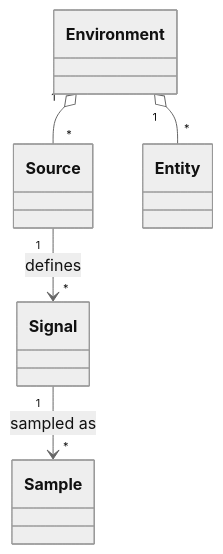
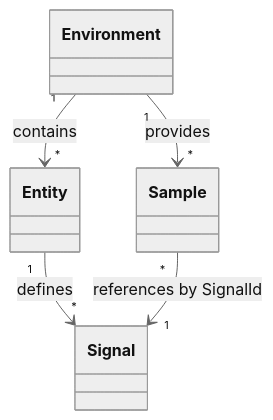
One commit to skasti/skyn-vaettr changed the third of 20 diagrams in docs/architecture.md. Above: the diagram before and after it, drawn with Mermaid (neutral theme). The commit also changed other lines of this file and 60 other files, not shown here.

````diff
--- a/docs/architecture.md
+++ b/docs/architecture.md
@@ -181,13 +182,12 @@
 ```mermaid
 classDiagram
     class Environment
-    class Source
     class Entity
     class Signal
     class Sample
 
-    Environment "1" o-- "*" Source
-    Environment "1" o-- "*" Entity
-    Source "1" --> "*" Signal : defines
-    Signal "1" --> "*" Sample : sampled as
+    Environment "1" --> "*" Entity : contains
+    Environment "1" --> "*" Sample : provides
+    Entity "1" --> "*" Signal : defines
+    Sample "*" --> "1" Signal : references by SignalId
 ```
````
